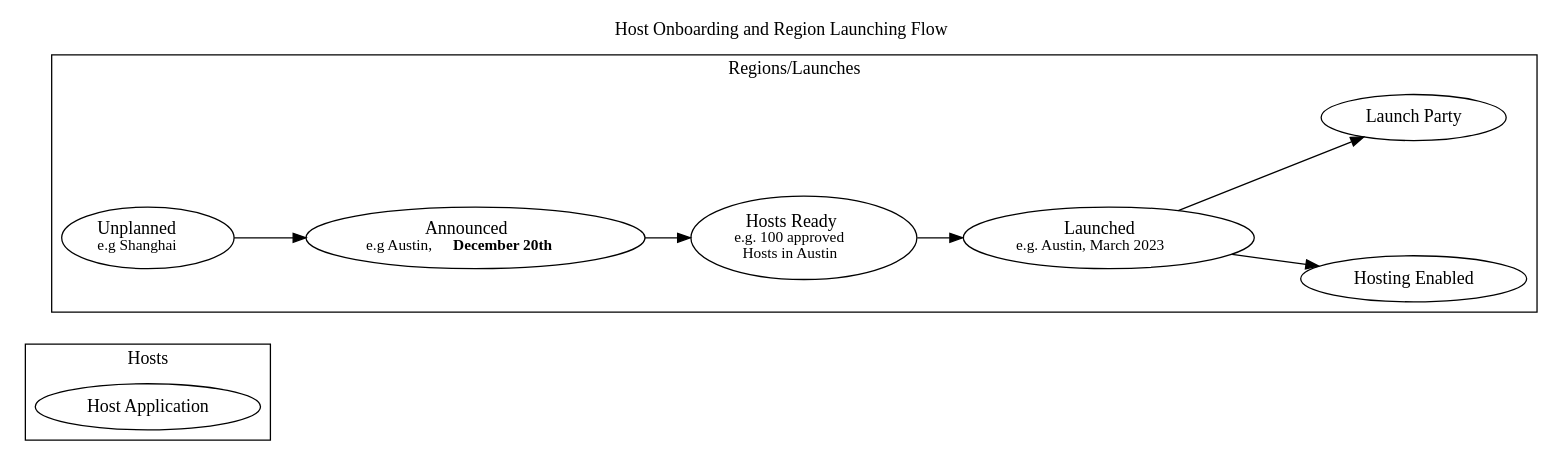
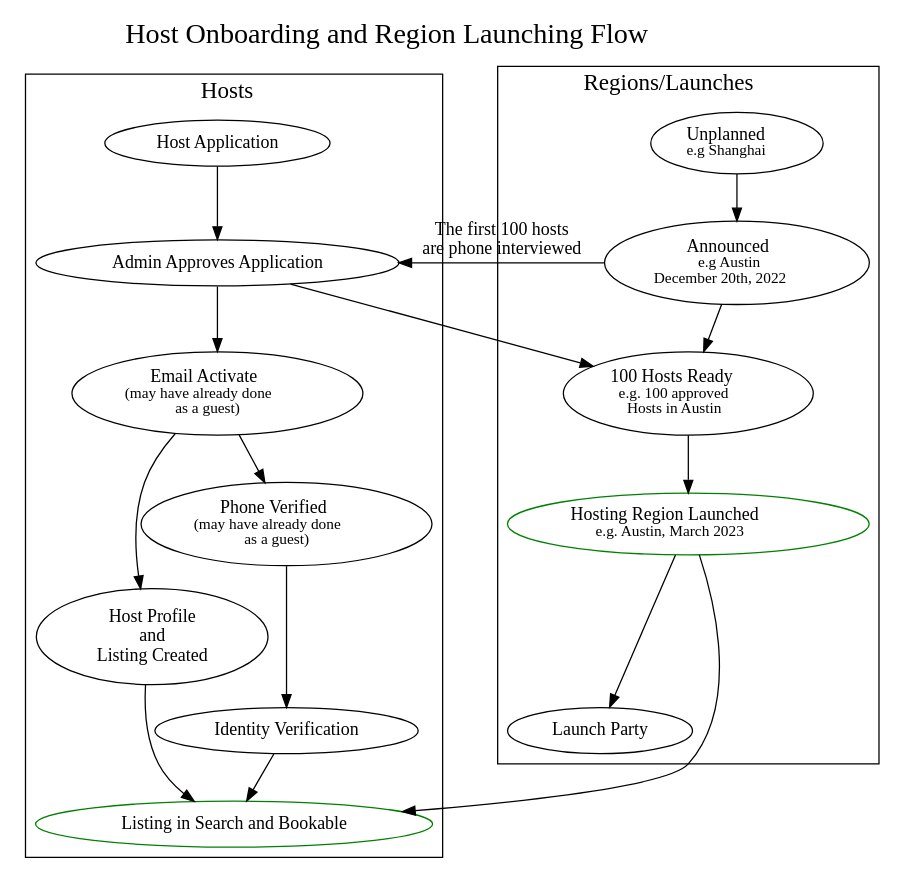
The diagram in _docs/flows/host_flow.dot (freecouches/freecouches), drawn with Graphviz before and after one commit.

Commit message:
got basic flows, wanna handle webflow implementation

```diff
--- a/_docs/flows/host_flow.dot
+++ b/_docs/flows/host_flow.dot
@@ -1,96 +1,114 @@
 // Interesting NOTE: I beg to differ that talking to the first 100 Hosts and seeding the community with phone-called people isn't a scalable thing persay.. why not? it seems like you always want extra attention to these hosts
     // the key difference here is that our website isn't launched yet.. people still gonna be waiting..
 
     // "Region-enabled" is a bit of slight of hand.. 
     // "Hosts-ready".. well if they can't signup yet are they really ready?  this is diff from when we already have a working app, and its janky until then.  
 
     // let's explore the nature of the Jank tho.. Specifically, I think it's that they're applying in a different order now than they would through the app..  specifically there is no email verification and they cant edit their listing to see wassup.
 
 // QSTN: From announcement/launch perspective, how long can I really have these Hosts waiting post announcement..
 
 // NOTE that early host applications will be handled in non-scalable way.  We wanna get 100 awesome hosts for Austin that we've talked with on the phone.
     // Hmm, I'm trying to think how the implementation will change as it gets more scaleable, since Streak doesn't seem ready for getting tons of hosting requests.  Hmmmm
     // Let's preserve 100 as a magic number
 // Note: We are not asking for every field in the listing on the App.. that would imply we should tell them to edit it after we approve it and prefill it with data.
 
 // TODO: copy over label sizings and conventions from Guest Flow.
    
 // TODO: Hosts must have Photos of themselves and home.
     // QSTN: how it fits into the onboarding flow?
 // TODO: Let's go through and make sure we got all the Guest stuff here.
 
 // Note: "Hosts cannot update listings when they are pending approval." . 
     // QSTN: emm, where does listing entry fit into their application flow, medium and long term?
 
 //QSTN: how does invite code work wrt hosts?  well like guests they wil need an admin invite pre-launch.. but later they'll receive an invite code.
     // Make sure to note how Regions still matter after a valid Invite code registration
 
 // TODO: age verification has to fit in here somehow
 
 
 
 // QSTN: Ok so compared to Airbnb we just have onne listing.. would it make sense for us to combine host and listing app compared to them then?
 // QSTN: should guest and host profiles be different?  note that this relates to UX of above question.  well, i'm seeing a lot of the questions are the same.
 // QSTN: should host application be its own form separate from that early one to grab their email?
 
 //TODO: indicate how long they can expect to wait between stages.
 // TODO: all the guests step pretty much apply to hosts.  consider that in these flows
 
  // TODO: Failure states too
 
 // QSTN: we might reject someone as a host but accept them as a guest?  i suppose there are levels to host rejection.
 
 // TODO: Handle the different region cases, thinking long term and then mapping back to what we have now (Austin region or not Austin).
 
 // TODO: determine what edits or cancelations the host can do.  Consider that they could email us also.
 
 // FUTURE: Address verificaton?
 
 // waitlist
 // phone_verified
 // email_activated
 // applied
 // rejected
 // phone_interviewed
 // completed_profile_guest
 // guest_2_host_flow
 // completed_profile_host
 // completed_listing
 // dropped_off
 
 // Note: There is an analogy between throwing an invite-only party and Launching a city.
 // Note: Regions are [circles or polygons?] geofences where hosting is allowed. Part of idea is to build real community and buzz, launching cities one by one as a kind of exclusive thing.
 
 digraph unix {
     //overall graph
-    rankdir="LR";
-    nodesep=1.25;
-    compound=true; 
+    rankdir="TB";
     labelloc="t";
+    nodesep=0;
 
-    label="Host Onboarding and Region Launching Flow"
+    label=<<FONT POINT-SIZE="22">Host Onboarding and Region Launching Flow</FONT>>
 
     subgraph cluster_hosts {
-        label="Hosts"
+        label=<<FONT POINT-SIZE="18">Hosts</FONT>>
         host_application [label="Host Application"]
+        admin_approve [label="Admin Approves Application"]
+        email_activate [label=<Email Activate<br/><FONT POINT-SIZE="12">(may have already done<br />as a guest)</FONT>>]
+        complete_profile [label="Host Profile\nand\nListing Created"]
+        phone_verify [label=<Phone Verified<br/><FONT POINT-SIZE="12">(may have already done<br />as a guest)</FONT>>]
+        id_verify [label="Identity Verification"]
+        bookable [label="Listing in Search and Bookable"; color=green]
+
+        host_application -> admin_approve -> email_activate -> complete_profile
+        email_activate -> phone_verify
+        phone_verify -> id_verify
+
     }
+    id_verify -> bookable
+    complete_profile -> bookable
+
+    admin_approve -> hosts_ready
+
+    announced -> admin_approve [label="The first 100 hosts\nare phone interviewed";labelloc="b"]
+
     subgraph cluster_region {
-        label="Regions/Launches"
+        label=<<FONT POINT-SIZE="18">Regions/Launches</FONT>>
     
         unplanned[label=<Unplanned<br/><FONT POINT-SIZE="12">e.g Shanghai</FONT>>]
-        announced[label=<Announced<br/><FONT POINT-SIZE="12">e.g Austin, <B>December 20th</B></FONT>>]
-        hosts_ready[label=<Hosts Ready<br/><FONT POINT-SIZE="12">e.g. 100 approved<br/> Hosts in Austin</FONT>>]
-        launched[label=<Launched<br/><FONT POINT-SIZE="12">e.g. Austin, March 2023</FONT>>]
+        announced[label=<Announced<br/><FONT POINT-SIZE="12">e.g Austin<br />December 20th, 2022</FONT>>]
+        hosts_ready[label=<100 Hosts Ready<br/><FONT POINT-SIZE="12">e.g. 100 approved<br/> Hosts in Austin</FONT>>]
+        launched[label=<Hosting Region Launched<br/><FONT POINT-SIZE="12">e.g. Austin, March 2023</FONT>>;color=green]
         
-
         unplanned -> announced -> hosts_ready -> launched
 
-        hosting_enabled[label="Hosting Enabled"]
         launch_party[label="Launch Party"]
         
-        launched-> hosting_enabled
         launched -> launch_party
+        
     }
+
+
+    launched -> bookable
 
     
 }
```
